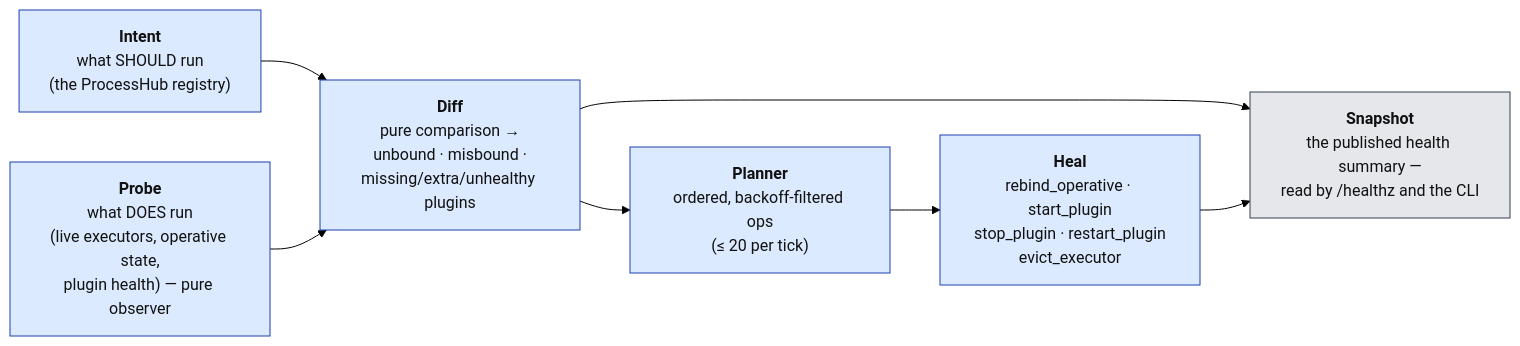
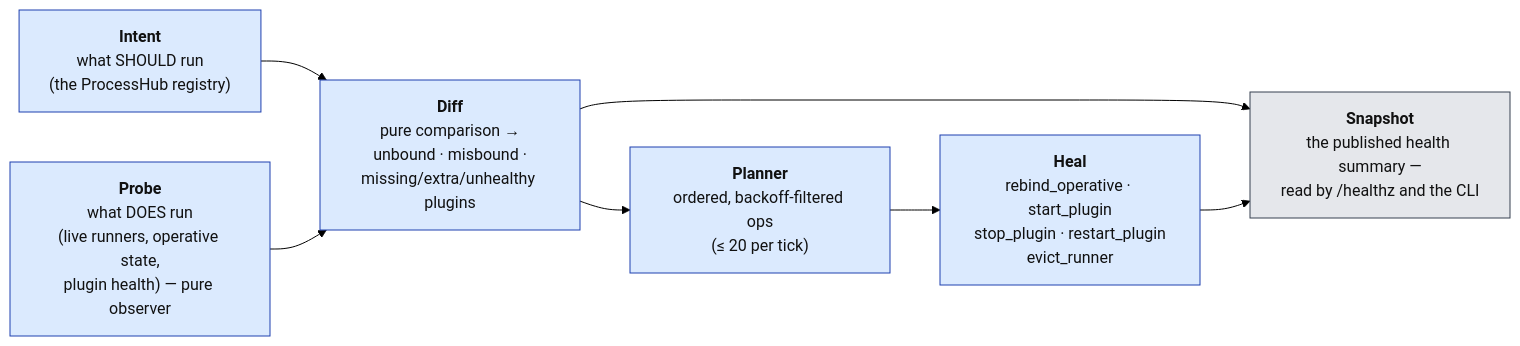
Before and after one commit to Flezha/flezha: diagram 14 of 16 in docs/architecture/kernel.md, drawn with Mermaid (forest theme). The commit also changed other lines of this file and 535 other files, not shown here.

````diff
--- a/docs/architecture/kernel.md
+++ b/docs/architecture/kernel.md
@@ -617,18 +617,18 @@
 ```mermaid
 flowchart LR
     I["<b>Intent</b><br/>what SHOULD run<br/>(the ProcessHub registry)"]:::ctrl
-    P["<b>Probe</b><br/>what DOES run<br/>(live executors, operative state,<br/>plugin health) — pure observer"]:::ctrl
+    P["<b>Probe</b><br/>what DOES run<br/>(live runners, operative state,<br/>plugin health) — pure observer"]:::ctrl
     D["<b>Diff</b><br/>pure comparison →<br/>unbound · misbound ·<br/>missing/extra/unhealthy plugins"]:::ctrl
     PL["<b>Planner</b><br/>ordered, backoff-filtered ops<br/>(≤ 20 per tick)"]:::ctrl
-    H["<b>Heal</b><br/>rebind_operative · start_plugin<br/>stop_plugin · restart_plugin<br/>evict_executor"]:::ctrl
+    H["<b>Heal</b><br/>rebind_operative · start_plugin<br/>stop_plugin · restart_plugin<br/>evict_runner"]:::ctrl
     S["<b>Snapshot</b><br/>the published health summary —<br/>read by /healthz and the CLI"]:::store
 
     I --> D
     P --> D
     D --> PL --> H
     D --> S
     H --> S
 
     classDef ctrl fill:#dbeafe,stroke:#1e40af,color:#111
     classDef store fill:#e5e7eb,stroke:#374151,color:#111
 ```
````
